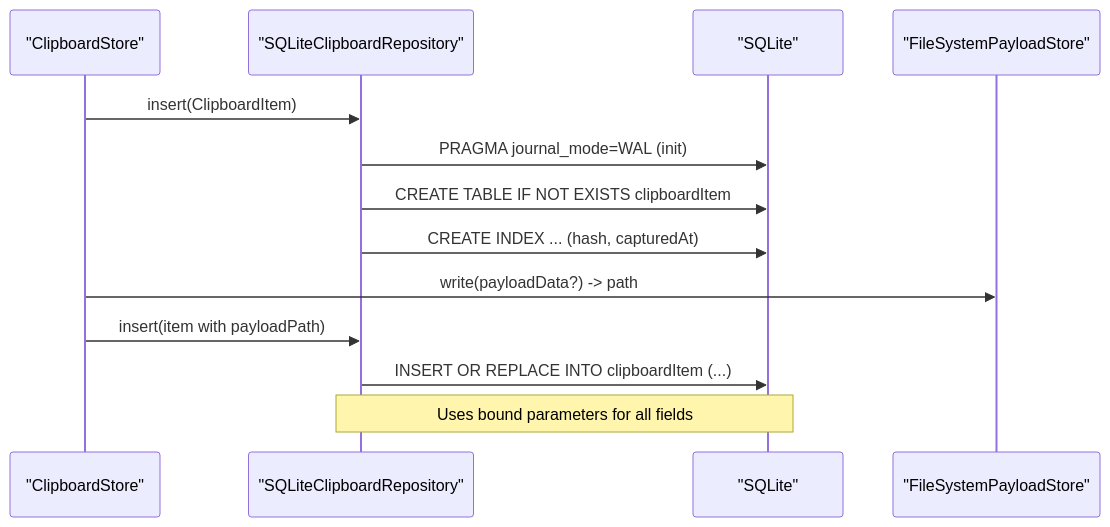
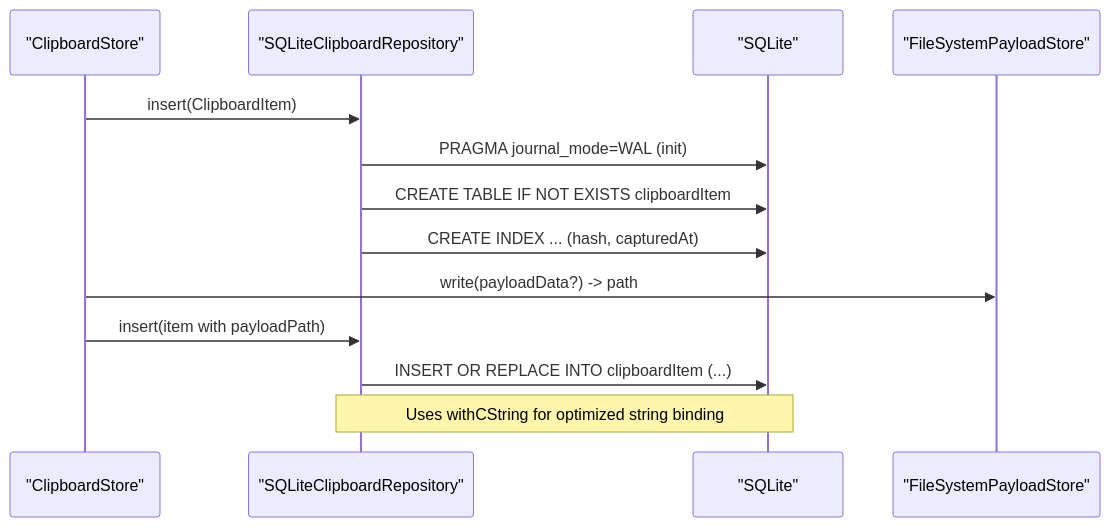
Before and after one commit to Nam088/skey: the second of 6 diagrams in .qoder/repowiki/en/content/Clipboard Manager/Data Storage & Repository/SQLite Database Schema.md, drawn with Mermaid. The commit also changed other lines of this file and 84 other files, not shown here.

````diff
--- a/.qoder/repowiki/en/content/Clipboard Manager/Data Storage & Repository/SQLite Database Schema.md
+++ b/.qoder/repowiki/en/content/Clipboard Manager/Data Storage & Repository/SQLite Database Schema.md
@@ -76,15 +84,15 @@
 ```mermaid
 sequenceDiagram
 participant App as "ClipboardStore"
 participant Repo as "SQLiteClipboardRepository"
 participant DB as "SQLite"
 participant FS as "FileSystemPayloadStore"
 App->>Repo : insert(ClipboardItem)
 Repo->>DB : PRAGMA journal_mode=WAL (init)
 Repo->>DB : CREATE TABLE IF NOT EXISTS clipboardItem
 Repo->>DB : CREATE INDEX ... (hash, capturedAt)
 App->>FS : write(payloadData?) -> path
 App->>Repo : insert(item with payloadPath)
 Repo->>DB : INSERT OR REPLACE INTO clipboardItem (...)
-Note over Repo,DB : Uses bound parameters for all fields
+Note over Repo,DB : Uses withCString for optimized string binding
 ```
````
